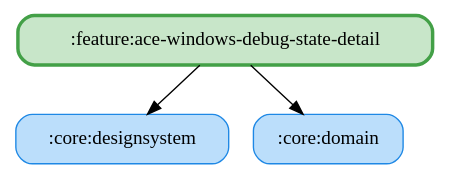
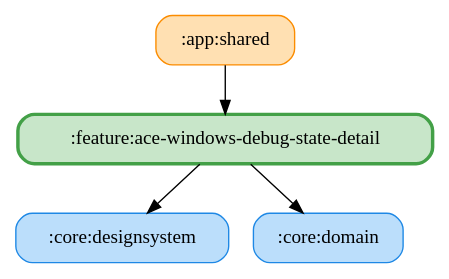
One commit to ai-kurou/KoDriver changed the diagram in docs/graphs/feature-ace-windows-debug-state-detail.gv. Above: the diagram before and after it, drawn with Graphviz. The commit also changed 7 other files, not shown here.

Commit message:
chore: update module graph images

```diff
--- a/docs/graphs/feature-ace-windows-debug-state-detail.gv
+++ b/docs/graphs/feature-ace-windows-debug-state-detail.gv
@@ -1,9 +1,11 @@
 digraph G {
   rankdir=TB
   node [shape=box, style="rounded,filled"]
+  ":app:shared" [fillcolor="#FFE0B2", color="#FB8C00", penwidth=1]
   ":core:designsystem" [fillcolor="#BBDEFB", color="#1E88E5", penwidth=1]
   ":core:domain" [fillcolor="#BBDEFB", color="#1E88E5", penwidth=1]
   ":feature:ace-windows-debug-state-detail" [fillcolor="#C8E6C9", color="#43A047", penwidth=2.5]
+  ":app:shared" -> ":feature:ace-windows-debug-state-detail"
   ":feature:ace-windows-debug-state-detail" -> ":core:domain"
   ":feature:ace-windows-debug-state-detail" -> ":core:designsystem"
 }
```
